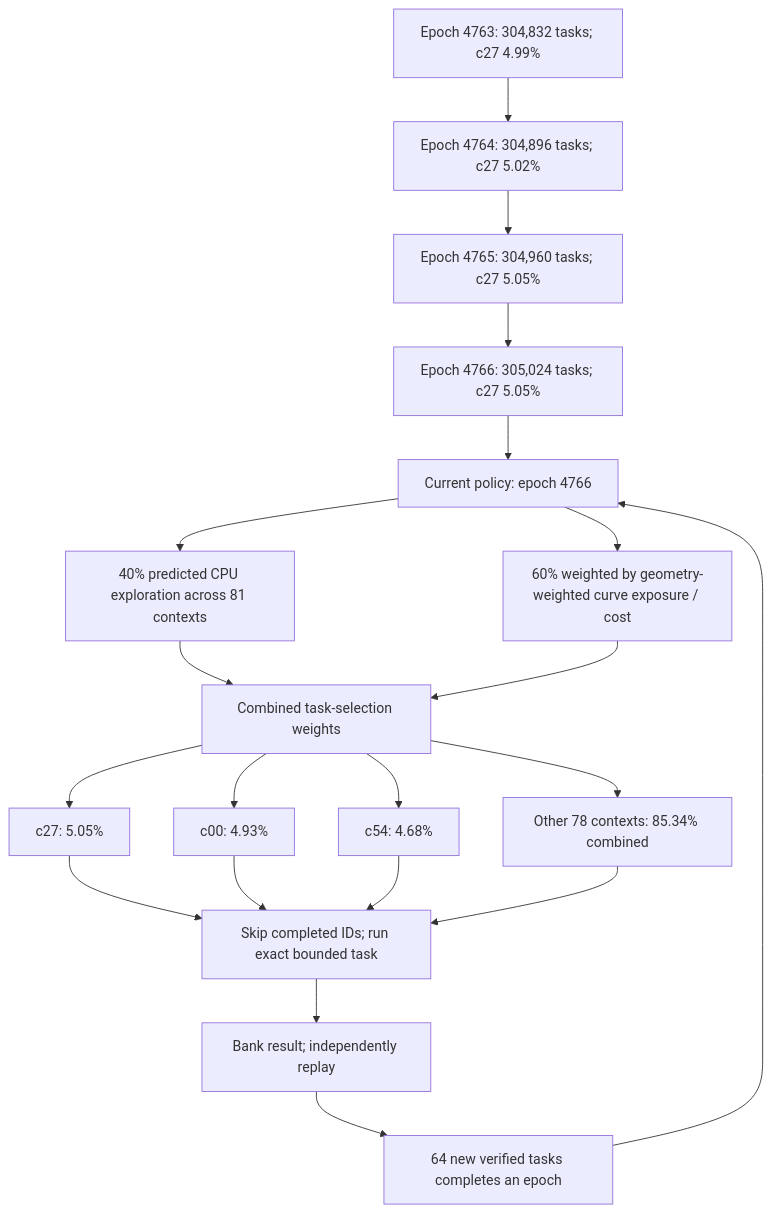
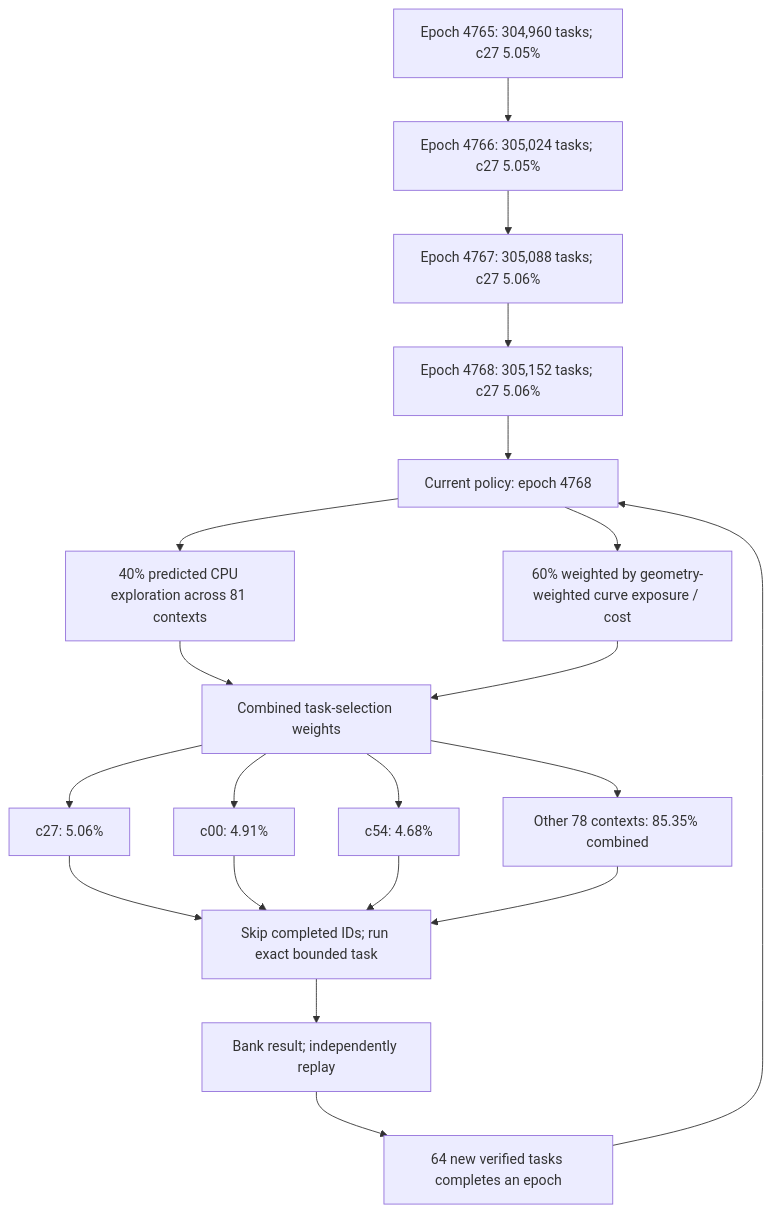
The first of 3 diagrams in README.md (Kuberwastaken/math-gambling), drawn with Mermaid before and after one commit. The commit also changed other lines of this file and 392 other files, not shown here.

````diff
--- a/README.md
+++ b/README.md
@@ -60,27 +60,27 @@
 ```mermaid
 flowchart TD
-    H0["Epoch 4763: 304,832 tasks; c27 4.99%"]
-    H1["Epoch 4764: 304,896 tasks; c27 5.02%"]
+    H0["Epoch 4765: 304,960 tasks; c27 5.05%"]
+    H1["Epoch 4766: 305,024 tasks; c27 5.05%"]
     H0 --> H1
-    H2["Epoch 4765: 304,960 tasks; c27 5.05%"]
+    H2["Epoch 4767: 305,088 tasks; c27 5.06%"]
     H1 --> H2
-    H3["Epoch 4766: 305,024 tasks; c27 5.05%"]
+    H3["Epoch 4768: 305,152 tasks; c27 5.06%"]
     H2 --> H3
-    Policy["Current policy: epoch 4766"]
+    Policy["Current policy: epoch 4768"]
     H3 --> Policy
     Policy --> Explore["40% predicted CPU exploration across 81 contexts"]
     Policy --> Cost["60% weighted by geometry-weighted curve exposure / cost"]
     Explore --> Mix["Combined task-selection weights"]
     Cost --> Mix
-    Mix --> C0["c27: 5.05%"]
-    Mix --> C1["c00: 4.93%"]
+    Mix --> C0["c27: 5.06%"]
+    Mix --> C1["c00: 4.91%"]
     Mix --> C2["c54: 4.68%"]
-    Mix --> Rest["Other 78 contexts: 85.34% combined"]
+    Mix --> Rest["Other 78 contexts: 85.35% combined"]
     C0 --> Check["Skip completed IDs; run exact bounded task"]
     C1 --> Check
     C2 --> Check
     Rest --> Check
     Check --> Replay["Bank result; independently replay"]
     Replay --> Gate["64 new verified tasks completes an epoch"]
     Gate --> Policy
 ```
````
